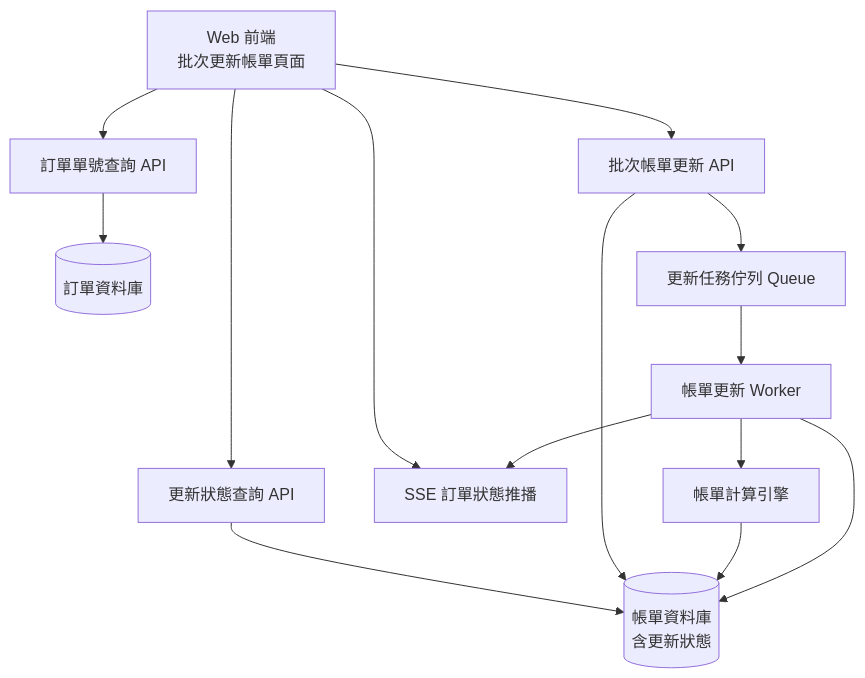
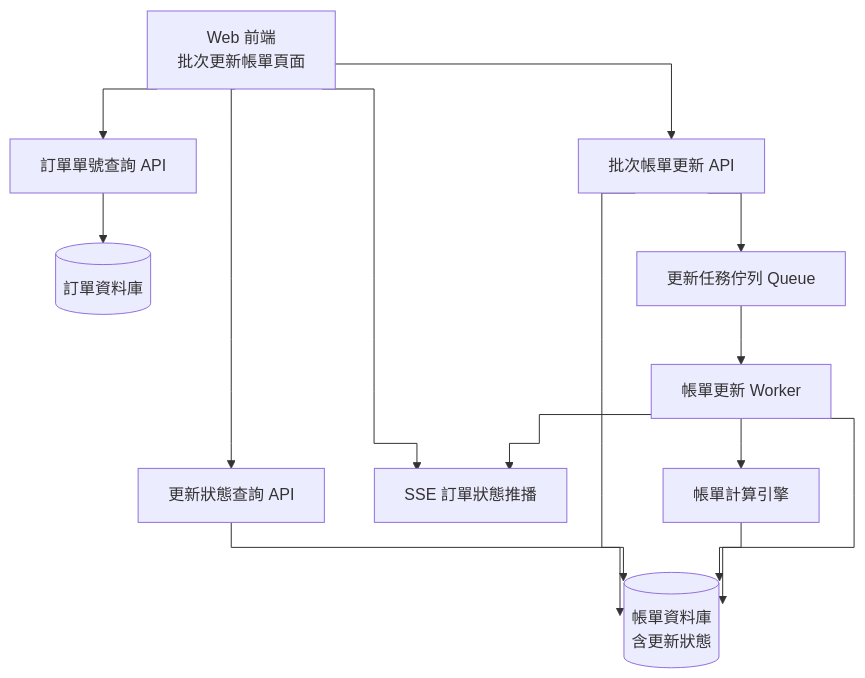
The second of 5 diagrams in CMP-4370-批次重跑帳單/CMP-4370_SA_批次重跑帳單.md (RaelynnLin/CMP-Documents), drawn with Mermaid before and after one commit. The commit also changed other lines of this file and 7 other files, not shown here.

````diff
--- a/CMP-4370-批次重跑帳單/CMP-4370_SA_批次重跑帳單.md
+++ b/CMP-4370-批次重跑帳單/CMP-4370_SA_批次重跑帳單.md
@@ -231,40 +300,41 @@
 ```mermaid
+%%{init: {'flowchart': {'curve': 'stepAfter'}}}%%
 flowchart TD
-  FE[Web 前端\n批次更新帳單頁面]
+  FE[Web 前端<br>批次更新帳單頁面]
 
   API1[訂單單號查詢 API]
   API2[批次帳單更新 API]
   API3[更新狀態查詢 API]
   SSE[SSE 訂單狀態推播]
 
   DB1[(訂單資料庫)]
-  DB2[(帳單資料庫\n含更新狀態)]
+  DB2[(帳單資料庫<br>含更新狀態)]
 
   QUEUE[更新任務佇列 Queue]
   WORKER[帳單更新 Worker]
   ENGINE[帳單計算引擎]
 
   %% ===== 查詢流程 =====
   FE --> API1
   API1 --> DB1
 
   FE --> API3
   API3 --> DB2
 
   %% ===== SSE 訂閱 =====
   FE --> SSE
 
   %% ===== 批次更新 =====
   FE --> API2
   API2 --> DB2
   API2 --> QUEUE
 
   %% ===== 非同步處理 =====
   QUEUE --> WORKER
   WORKER --> ENGINE
   ENGINE --> DB2
 
   %% ===== 狀態更新 + 推播 =====
   WORKER --> DB2
   WORKER --> SSE
 ```
````
